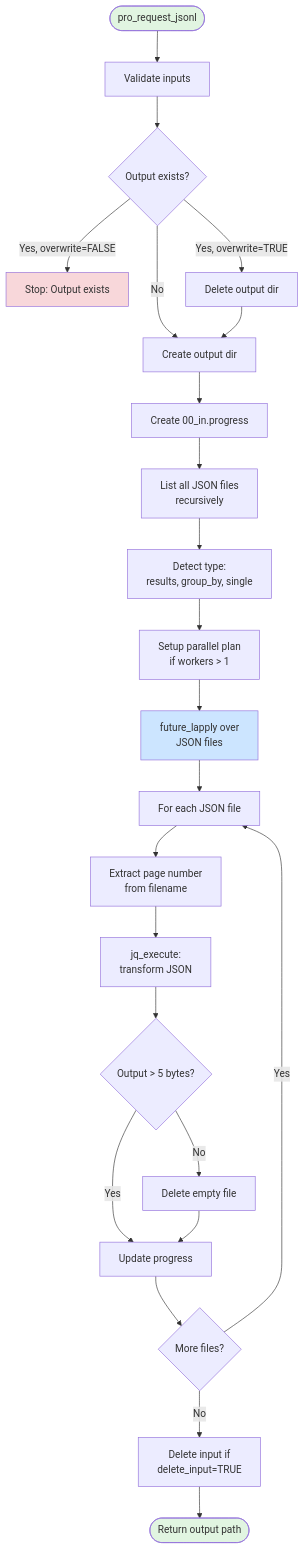
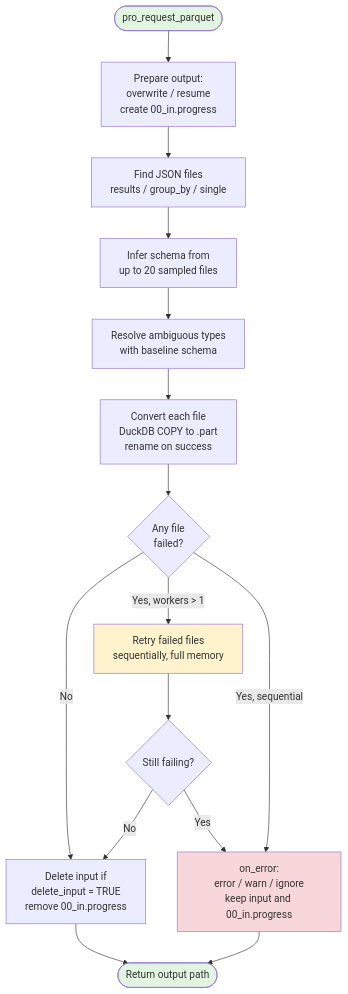
Before and after one commit to openalexPro/openalexPro: the fifth of 6 diagrams in vignettes/pro_request.qmd, drawn with Mermaid. The commit also changed other lines of this file and 105 other files, not shown here.

````diff
--- a/vignettes/pro_request.qmd
+++ b/vignettes/pro_request.qmd
@@ -541,36 +730,22 @@
 ```{mermaid}
 flowchart TD
-    Start([pro_request_jsonl]) --> ValidateInputs[Validate inputs]
-    ValidateInputs --> CheckOverwrite{Output exists?}
-
-    CheckOverwrite -->|Yes, overwrite=FALSE| ErrorExists[Stop: Output exists]
-    CheckOverwrite -->|Yes, overwrite=TRUE| DeleteOutput[Delete output dir]
-    CheckOverwrite -->|No| CreateOutput[Create output dir]
-
-    DeleteOutput --> CreateOutput
-    CreateOutput --> CreateProgress[Create 00_in.progress]
-    CreateProgress --> ListJSONs[List all JSON files<br/>recursively]
-
-    ListJSONs --> DetectType[Detect type:<br/>results, group_by, single]
-    DetectType --> SetupFutures[Setup parallel plan<br/>if workers > 1]
-
-    SetupFutures --> ProcessLoop[future_lapply over<br/>JSON files]
-
-    ProcessLoop --> ForEachJSON[For each JSON file]
-    ForEachJSON --> ExtractPage[Extract page number<br/>from filename]
-    ExtractPage --> CallJQ[jq_execute:<br/>transform JSON]
-    CallJQ --> CheckSize{Output > 5 bytes?}
-    CheckSize -->|No| DeleteEmpty[Delete empty file]
-    CheckSize -->|Yes| UpdateProgress[Update progress]
-    DeleteEmpty --> UpdateProgress
-    UpdateProgress --> MoreFiles{More files?}
-    MoreFiles -->|Yes| ForEachJSON
-    MoreFiles -->|No| Cleanup[Delete input if<br/>delete_input=TRUE]
-
-    Cleanup --> Success([Return output path])
+    Start([pro_request_parquet]) --> Prepare[Prepare output:<br/>overwrite / resume<br/>create 00_in.progress]
+    Prepare --> Discover[Find JSON files<br/>results / group_by / single]
+    Discover --> Infer[Infer schema from<br/>up to 20 sampled files]
+    Infer --> Baseline[Resolve ambiguous types<br/>with baseline schema]
+    Baseline --> Convert[Convert each file<br/>DuckDB COPY to .part<br/>rename on success]
+    Convert --> Failed{Any file<br/>failed?}
+    Failed -->|No| Done[Delete input if<br/>delete_input = TRUE<br/>remove 00_in.progress]
+    Failed -->|Yes, workers > 1| Retry[Retry failed files<br/>sequentially, full memory]
+    Failed -->|Yes, sequential| OnError
+    Retry --> Still{Still failing?}
+    Still -->|No| Done
+    Still -->|Yes| OnError[on_error:<br/>error / warn / ignore<br/>keep input and 00_in.progress]
+    Done --> Return([Return output path])
+    OnError --> Return
 
     style Start fill:#e1f5e1
-    style Success fill:#e1f5e1
-    style ErrorExists fill:#f8d7da
-    style ProcessLoop fill:#cce5ff
+    style Return fill:#e1f5e1
+    style Retry fill:#fff3cd
+    style OnError fill:#f8d7da
 ```
````
